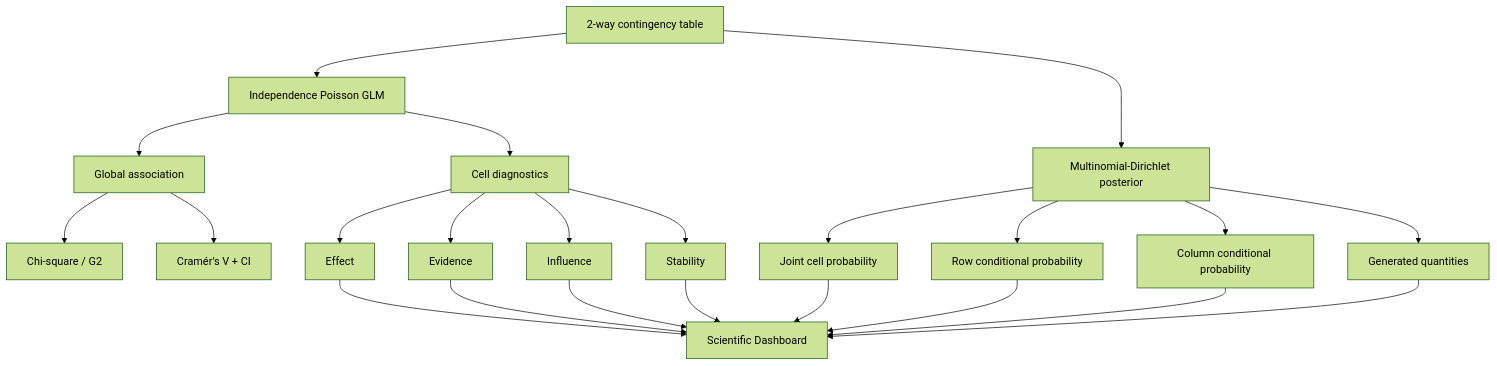
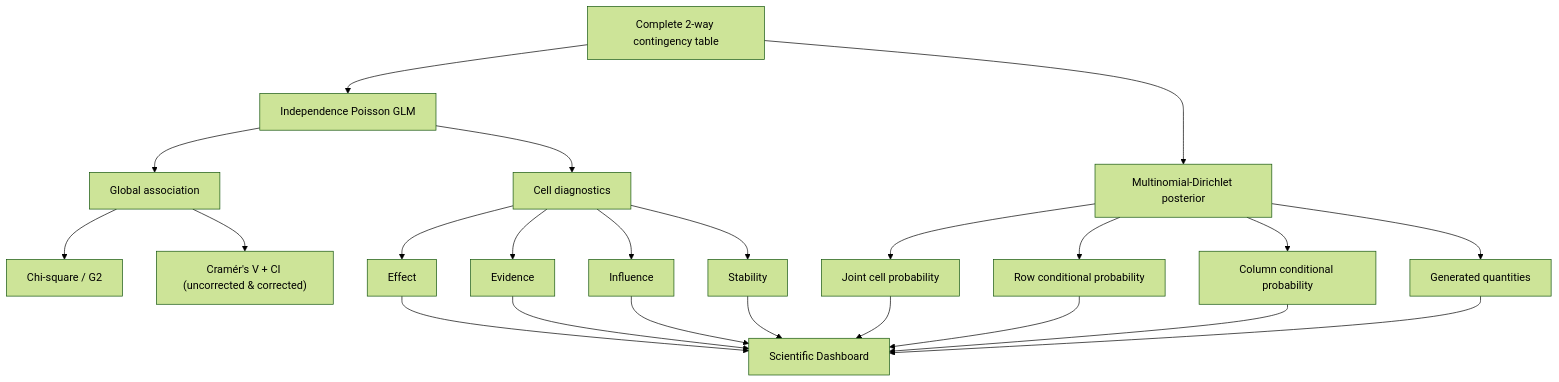
The first of 2 diagrams in docs/Artifacts/Implementation-plan-vcd-categorical-analysis-v4.0.md (syrius2000/agentic-evidence-analysis), drawn with Mermaid (forest theme) before and after one commit. The commit also changed other lines of this file and 48 other files, not shown here.

````diff
--- a/docs/Artifacts/Implementation-plan-vcd-categorical-analysis-v4.0.md
+++ b/docs/Artifacts/Implementation-plan-vcd-categorical-analysis-v4.0.md
@@ -57,30 +60,30 @@
 ```mermaid
 flowchart TD
-    A["2-way contingency table"] --> B["Independence Poisson GLM"]
+    A["Complete 2-way contingency table"] --> B["Independence Poisson GLM"]
 
     B --> C["Global association"]
     B --> D["Cell diagnostics"]
     A --> E["Multinomial-Dirichlet posterior"]
 
     C --> C1["Chi-square / G2"]
-    C --> C2["Cramér's V + CI"]
+    C --> C2["Cramér's V + CI (uncorrected & corrected)"]
 
     D --> D1["Effect"]
     D --> D2["Evidence"]
     D --> D3["Influence"]
     D --> D4["Stability"]
 
     E --> E1["Joint cell probability"]
     E --> E2["Row conditional probability"]
     E --> E3["Column conditional probability"]
     E --> E4["Generated quantities"]
 
     D1 --> F["Scientific Dashboard"]
     D2 --> F
     D3 --> F
     D4 --> F
     E1 --> F
     E2 --> F
     E3 --> F
     E4 --> F
 ```
````
